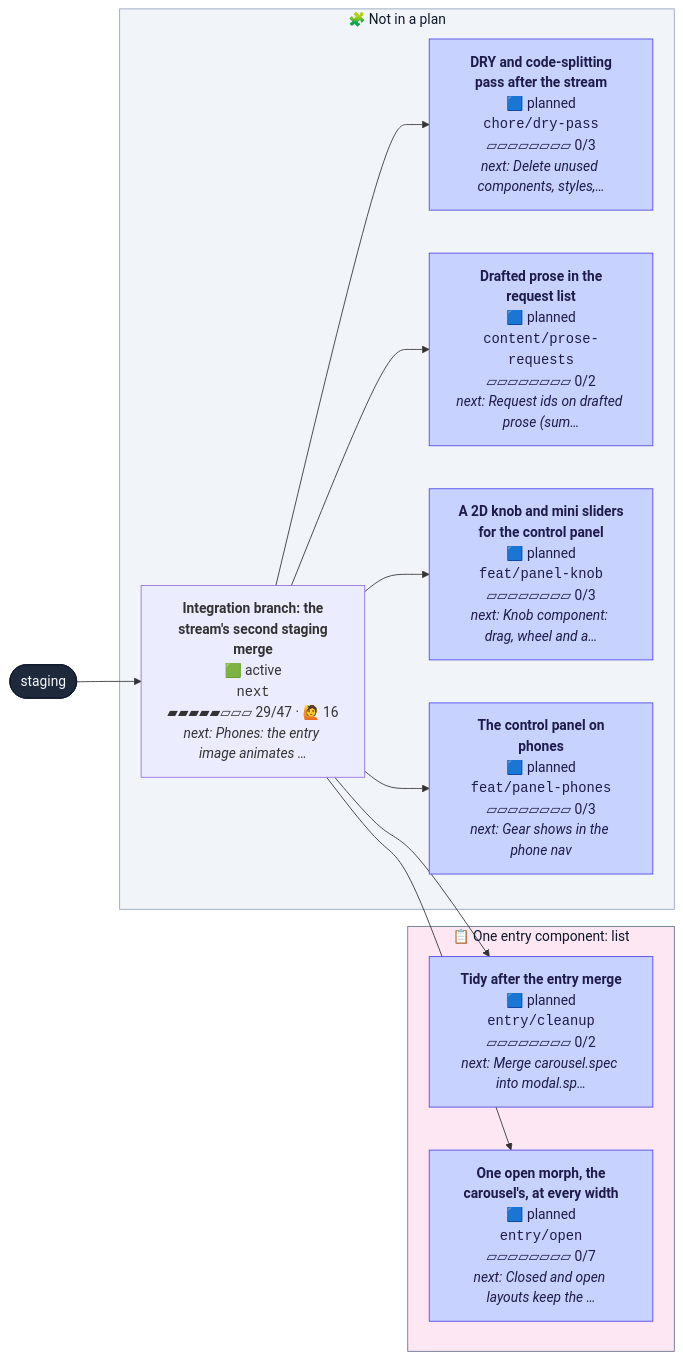
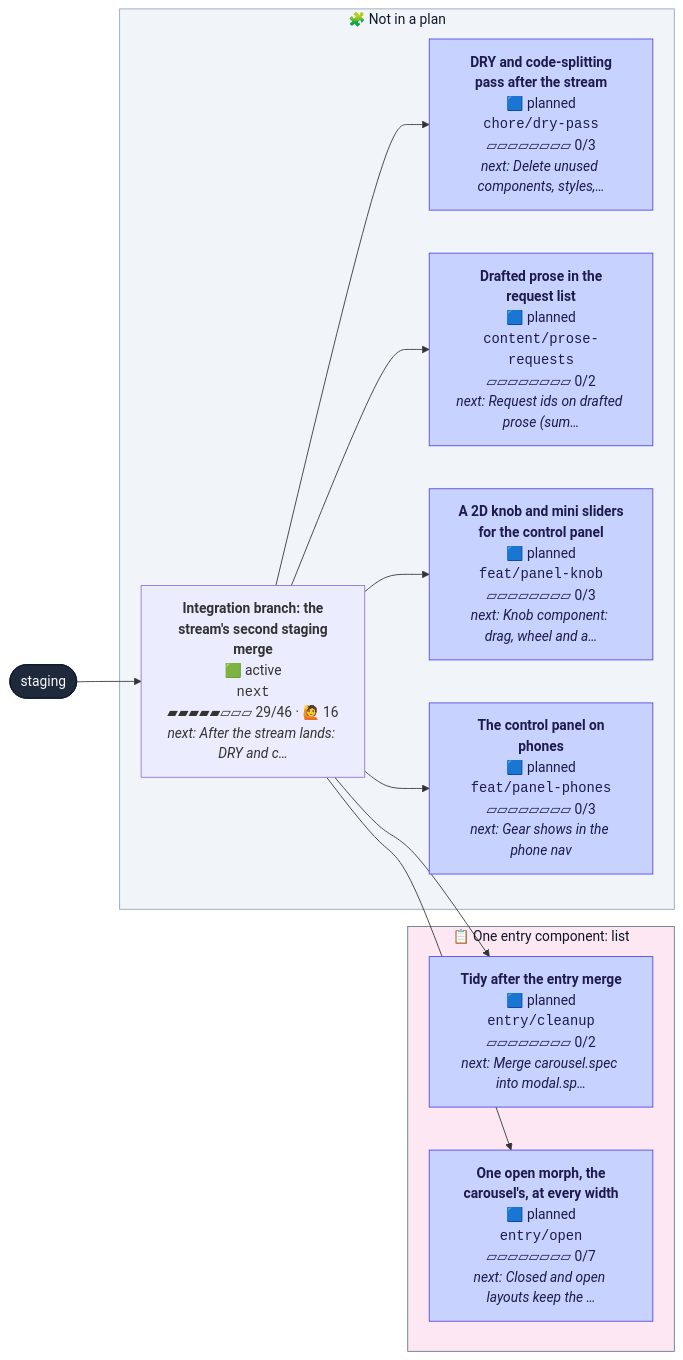
The second of 2 diagrams in CONTRIBUTING.md (henryjonescodes/portfolio), drawn with Mermaid before and after one commit. The commit also changed other lines of this file, not shown here.

````diff
--- a/CONTRIBUTING.md
+++ b/CONTRIBUTING.md
@@ -57,41 +54,41 @@
 ```mermaid
 flowchart LR
   n_staging([staging])
   class n_staging trunk
   subgraph plan_1["📋 One entry component: list"]
     n_entry_cleanup["<b>Tidy after the entry merge</b><br/>🟦 planned<br/><code>entry/cleanup</code><br/>▱▱▱▱▱▱▱▱ 0/2<br/><i>next: Merge carousel.spec into modal.sp…</i>"]
     class n_entry_cleanup planned
     n_entry_open["<b>One open morph, the<br/>carousel's, at every width</b><br/>🟦 planned<br/><code>entry/open</code><br/>▱▱▱▱▱▱▱▱ 0/7<br/><i>next: Closed and open layouts keep the …</i>"]
     class n_entry_open planned
   end
   style plan_1 fill:#fce7f3,stroke:#64748b,color:#0f172a
   subgraph loose["🧩 Not in a plan"]
     n_chore_dry_pass["<b>DRY and code-splitting<br/>pass after the stream</b><br/>🟦 planned<br/><code>chore/dry-pass</code><br/>▱▱▱▱▱▱▱▱ 0/3<br/><i>next: Delete unused components, styles,…</i>"]
     class n_chore_dry_pass planned
     n_content_prose_requests["<b>Drafted prose in the<br/>request list</b><br/>🟦 planned<br/><code>content/prose-requests</code><br/>▱▱▱▱▱▱▱▱ 0/2<br/><i>next: Request ids on drafted prose (sum…</i>"]
     class n_content_prose_requests planned
     n_feat_panel_knob["<b>A 2D knob and mini sliders<br/>for the control panel</b><br/>🟦 planned<br/><code>feat/panel-knob</code><br/>▱▱▱▱▱▱▱▱ 0/3<br/><i>next: Knob component: drag, wheel and a…</i>"]
     class n_feat_panel_knob planned
     n_feat_panel_phones["<b>The control panel on<br/>phones</b><br/>🟦 planned<br/><code>feat/panel-phones</code><br/>▱▱▱▱▱▱▱▱ 0/3<br/><i>next: Gear shows in the phone nav</i>"]
     class n_feat_panel_phones planned
-    n_next["<b>Integration branch: the<br/>stream's second staging<br/>merge</b><br/>🟩 active<br/><code>next</code><br/>▰▰▰▰▰▱▱▱ 29/47 · 🙋 16<br/><i>next: Phones: the entry image animates …</i>"]
+    n_next["<b>Integration branch: the<br/>stream's second staging<br/>merge</b><br/>🟩 active<br/><code>next</code><br/>▰▰▰▰▰▱▱▱ 29/46 · 🙋 16<br/><i>next: After the stream lands: DRY and c…</i>"]
     class n_next active,current
   end
   style loose fill:#f1f5f9,stroke:#94a3b8,color:#0f172a
   n_next --> n_chore_dry_pass
   n_next --> n_content_prose_requests
   n_next --> n_entry_cleanup
   n_next --> n_entry_open
   n_next --> n_feat_panel_knob
   n_next --> n_feat_panel_phones
   n_staging --> n_next
   classDef merged fill:#dcfce7,stroke:#16a34a,color:#052e16
   classDef todo fill:#ffffff,stroke:#94a3b8,stroke-dasharray:2 2,color:#334155
   classDef planned fill:#c7d2fe,stroke:#4f46e5,color:#1e1b4b
   classDef sketched fill:#f8fafc,stroke:#64748b,stroke-dasharray:4 3,color:#334155
   classDef active fill:#bbf7d0,stroke:#16a34a,stroke-width:3px,color:#052e16
   classDef review fill:#fde68a,stroke:#d97706,stroke-width:3px,color:#451a03
   classDef blocked fill:#fecaca,stroke:#dc2626,stroke-width:3px,color:#450a0a
   classDef trunk fill:#1e293b,stroke:#0f172a,color:#f8fafc
   classDef current stroke:#0ea5e9,stroke-width:5px
 ```
````
